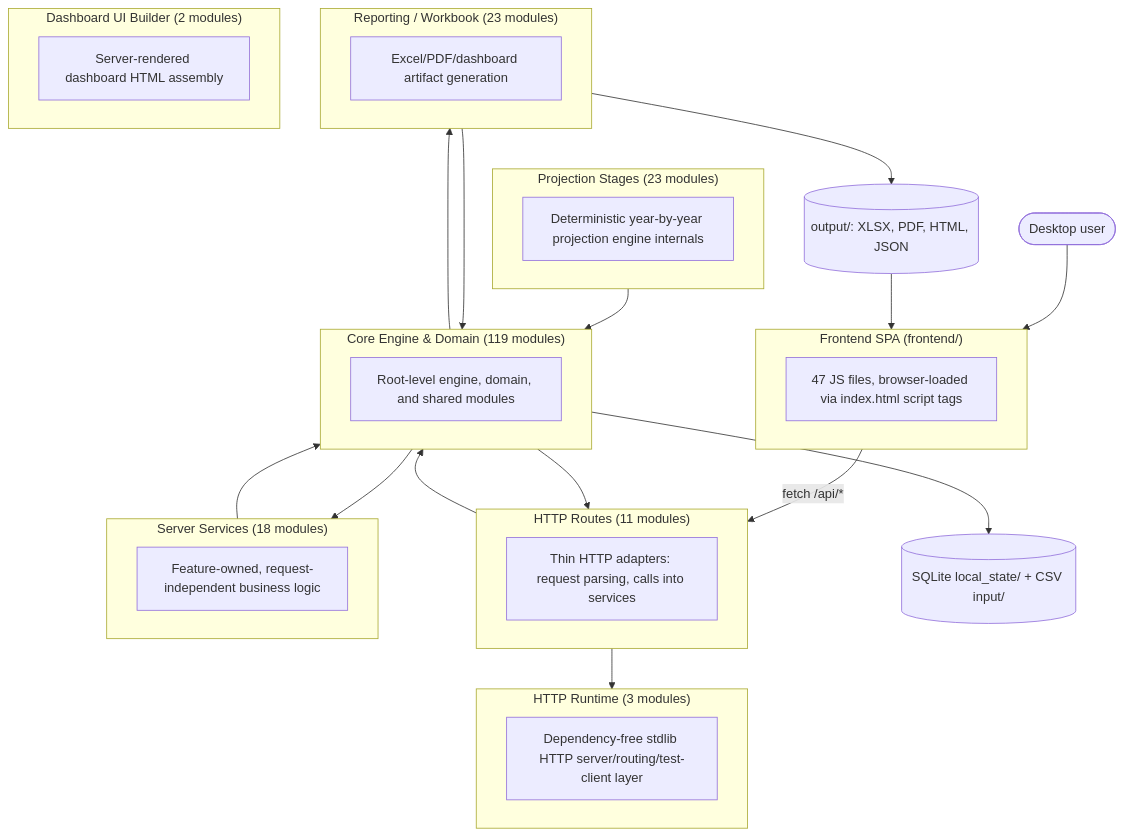
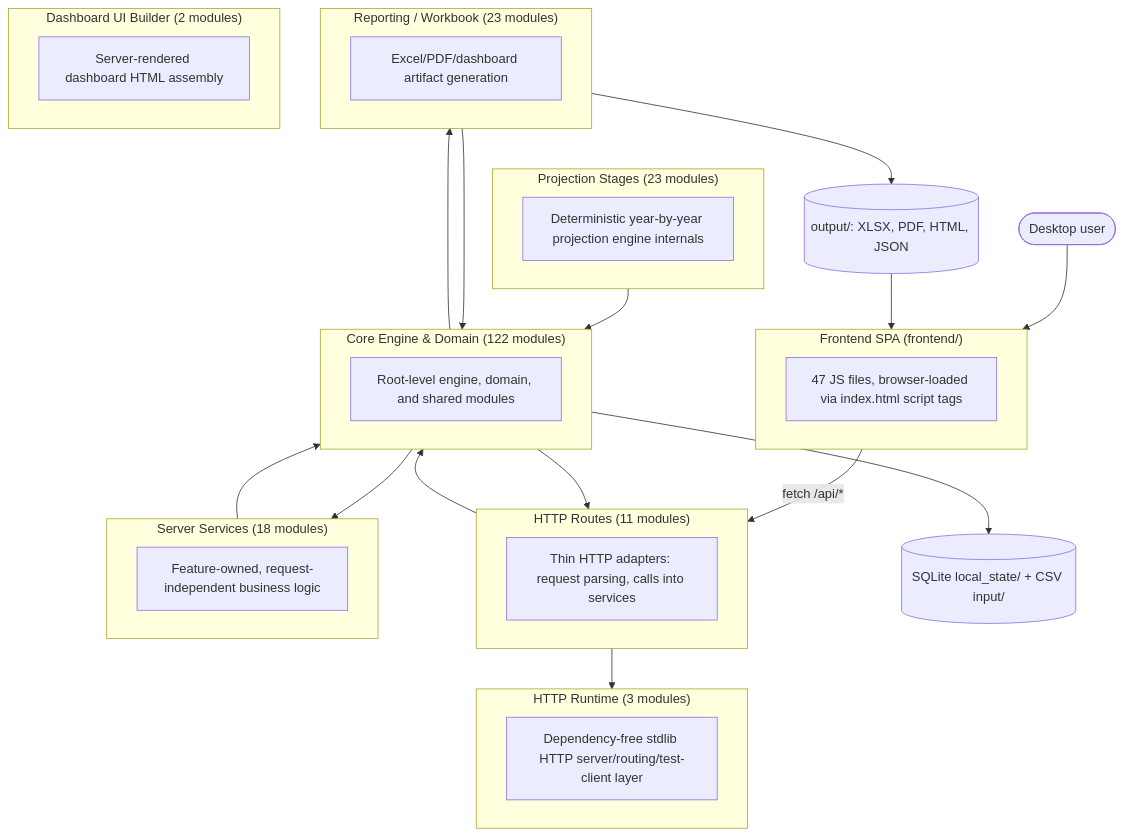
The first of 2 diagrams in documentation/reference/SYSTEM_ARCHITECTURE_DIAGRAM.md (matthartzman/retirement_system), drawn with Mermaid before and after one commit. The commit also changed other lines of this file and 21 other files, not shown here.

````diff
--- a/documentation/reference/SYSTEM_ARCHITECTURE_DIAGRAM.md
+++ b/documentation/reference/SYSTEM_ARCHITECTURE_DIAGRAM.md
@@ -11,40 +11,40 @@
 ```mermaid
 flowchart TB
     User(["Desktop user"]) --> FE
     subgraph FE["Frontend SPA (frontend/)"]
         FEcount["47 JS files, browser-loaded via index.html script tags"]
     end
     FE -->|fetch /api/*| L_HTTP_Routes
     subgraph L_HTTP_Routes["HTTP Routes (11 modules)"]
         L_HTTP_Routes_d["Thin HTTP adapters: request parsing, calls into services"]
     end
     subgraph L_Server_Services["Server Services (18 modules)"]
         L_Server_Services_d["Feature-owned, request-independent business logic"]
     end
     subgraph L_HTTP_Runtime["HTTP Runtime (3 modules)"]
         L_HTTP_Runtime_d["Dependency-free stdlib HTTP server/routing/test-client layer"]
     end
-    subgraph L_Core_Engine___Domain["Core Engine & Domain (119 modules)"]
+    subgraph L_Core_Engine___Domain["Core Engine & Domain (122 modules)"]
         L_Core_Engine___Domain_d["Root-level engine, domain, and shared modules"]
     end
     subgraph L_Projection_Stages["Projection Stages (23 modules)"]
         L_Projection_Stages_d["Deterministic year-by-year projection engine internals"]
     end
     subgraph L_Reporting___Workbook["Reporting / Workbook (23 modules)"]
         L_Reporting___Workbook_d["Excel/PDF/dashboard artifact generation"]
     end
     subgraph L_Dashboard_UI_Builder["Dashboard UI Builder (2 modules)"]
         L_Dashboard_UI_Builder_d["Server-rendered dashboard HTML assembly"]
     end
     L_Core_Engine___Domain --> L_HTTP_Routes
     L_Core_Engine___Domain --> L_Reporting___Workbook
     L_Core_Engine___Domain --> L_Server_Services
     L_HTTP_Routes --> L_Core_Engine___Domain
     L_HTTP_Routes --> L_HTTP_Runtime
     L_Projection_Stages --> L_Core_Engine___Domain
     L_Reporting___Workbook --> L_Core_Engine___Domain
     L_Server_Services --> L_Core_Engine___Domain
     L_Core_Engine___Domain --> DB[("SQLite local_state/ + CSV input/")]
     L_Reporting___Workbook --> Outputs[("output/: XLSX, PDF, HTML, JSON")]
     Outputs --> FE
 ```
````
